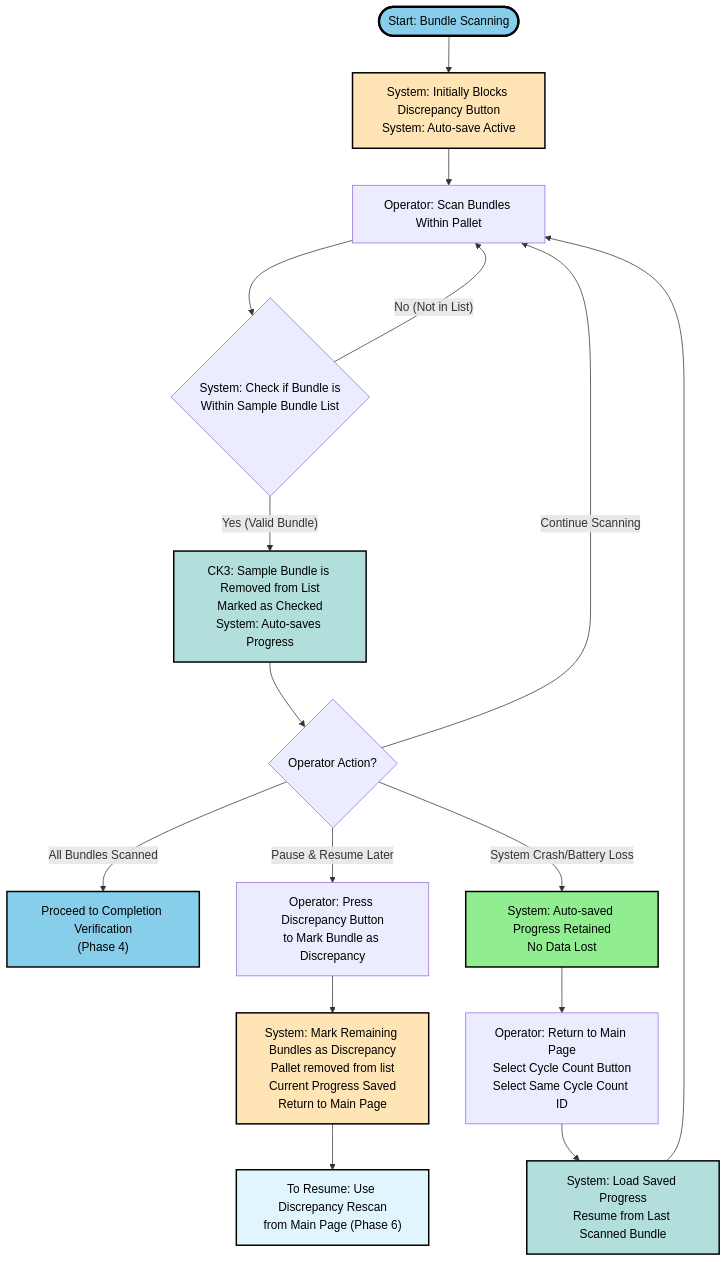
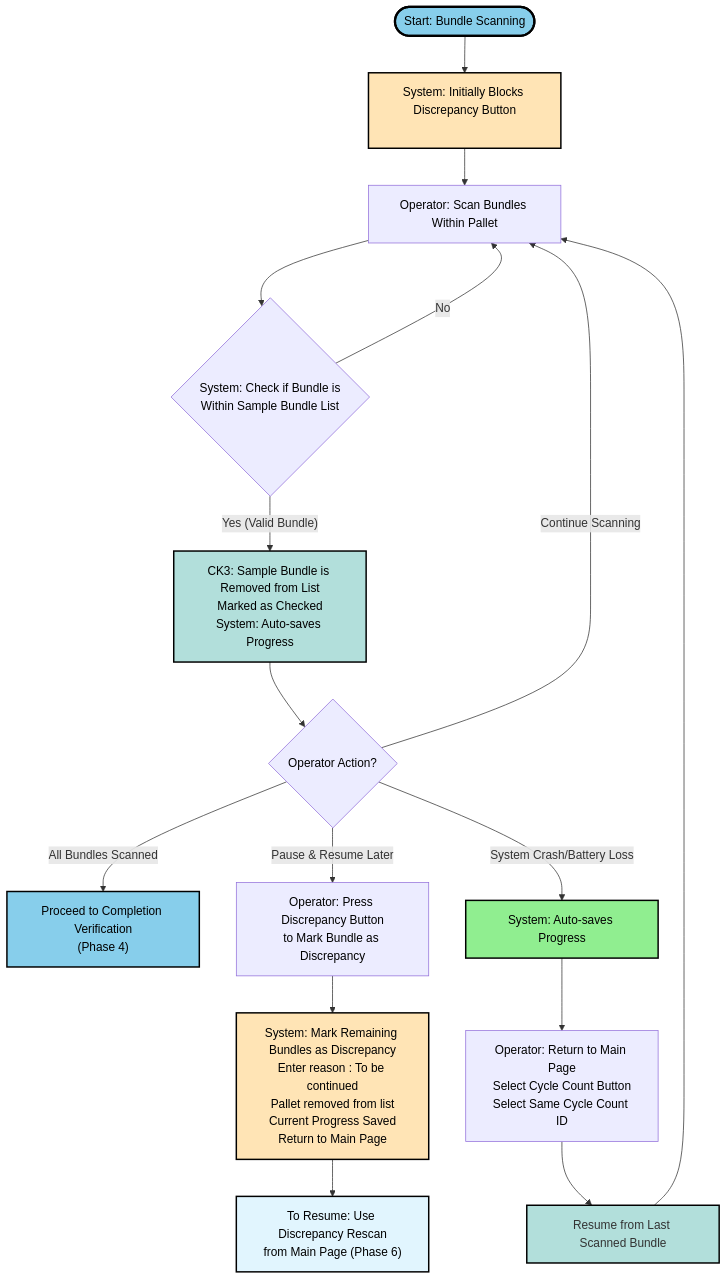
Before and after one commit to kohjs/RMC-Cycle-Count: the fourth of 11 diagrams in workflow.md, drawn with Mermaid. The commit also changed other lines of this file, not shown here.

````diff
--- a/workflow.md
+++ b/workflow.md
@@ -122,33 +133,33 @@
 ```mermaid
-flowchart TD
-    Start(["Start: Bundle Scanning"]) --> n9["System: Initially Blocks Discrepancy Button<br>System: Auto-save Active"]
+flowchart TB
+    Start(["Start: Bundle Scanning"]) --> n9["System: Initially Blocks Discrepancy Button<br><br>"]
     n9 --> n1["Operator: Scan Bundles Within Pallet"]
-    n1 --> n2{"System: Check if Bundle is<br>Within Sample Bundle List"}
-    n2 -- No (Not in List) --> n1
-    n2 -- Yes (Valid Bundle) --> n3["CK3: Sample Bundle is Removed from List<br>Marked as Checked<br>System: Auto-saves Progress"]
+    n2{"System: Check if Bundle is<br>Within Sample Bundle List"} -- Yes (Valid Bundle) --> n3["CK3: Sample Bundle is Removed from List<br>Marked as Checked<br>System: Auto-saves Progress"]
     n3 --> n7{"Operator Action?"}
     n7 -- Continue Scanning --> n1
     n7 -- All Bundles Scanned --> n8["Proceed to Completion Verification<br>(Phase 4)"]
     n7 -- Pause & Resume Later --> n10["Operator: Press Discrepancy Button<br>to Mark Bundle as Discrepancy"]
-    n10 --> n11["System: Mark Remaining Bundles as Discrepancy<br>Pallet removed from list<br>Current Progress Saved<br>Return to Main Page"]
+    n10 --> n11["System: Mark Remaining Bundles as Discrepancy<br>Enter reason : To be continued<br>Pallet removed from list<br>Current Progress Saved<br>Return to Main Page"]
     n11 --> n12["To Resume: Use Discrepancy Rescan<br>from Main Page (Phase 6)"]
-    n7 -- System Crash/Battery Loss --> n13["System: Auto-saved Progress Retained<br>No Data Lost"]
+    n7 -- System Crash/Battery Loss --> n13["System: Auto-saves Progress"]
     n13 --> n14["Operator: Return to Main Page<br>Select Cycle Count Button<br>Select Same Cycle Count ID"]
-    n14 --> n15["System: Load Saved Progress<br>Resume from Last Scanned Bundle"]
+    n14 --> n15["Resume from Last Scanned Bundle"]
     n15 --> n1
+    n2 -- No --> n1
+    n1 --> n2
 
     n9@{ shape: rect}
     style Start fill:#87CEEB,stroke:#000,stroke-width:3px,color:#000
     style n9 fill:#FFE4B5,stroke:#000,stroke-width:2px,color:#000
     style n1 color:#000
     style n2 color:#000
     style n3 fill:#B2DFDB,stroke:#000,stroke-width:2px,color:#000
     style n7 color:#000
     style n8 fill:#87CEEB,stroke:#000,stroke-width:2px,color:#000
     style n10 color:#000
     style n11 fill:#FFE4B5,stroke:#000,stroke-width:2px,color:#000
     style n12 fill:#E1F5FE,stroke:#000,stroke-width:2px,color:#000
     style n13 fill:#90EE90,stroke:#000,stroke-width:2px,color:#000
     style n14 color:#000
-    style n15 fill:#B2DFDB,stroke:#000,stroke-width:2px,color:#000
+    style n15 fill:#B2DFDB,stroke:#000,stroke-width:2px,color:#00
 ```
````
